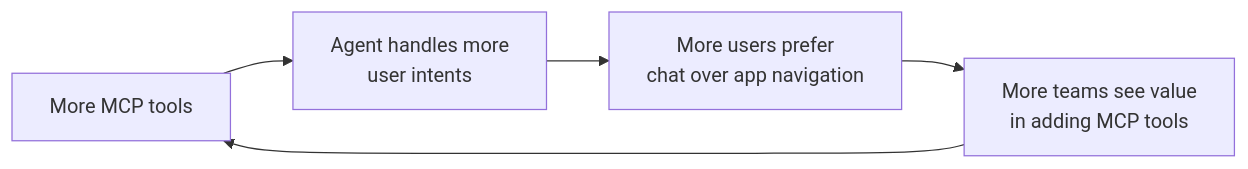
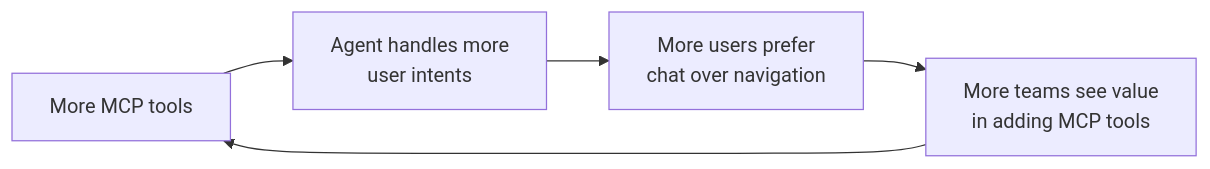
Diagram 16 of 16 in PLAN.md (vinismoraes/hackathon-agent-documents), drawn with Mermaid before and after one commit. The commit also changed other lines of this file, not shown here.

First line of the commit message:
fix mermaid line breaks: replace \n with <br/>

````diff
--- a/PLAN.md
+++ b/PLAN.md
@@ -976,7 +976,7 @@
 ```mermaid
 flowchart LR
-    A["More MCP tools"] --> B["Agent handles more\nuser intents"]
-    B --> C["More users prefer\nchat over app navigation"]
-    C --> D["More teams see value\nin adding MCP tools"]
+    A["More MCP tools"] --> B["Agent handles more<br/>user intents"]
+    B --> C["More users prefer<br/>chat over navigation"]
+    C --> D["More teams see value<br/>in adding MCP tools"]
     D --> A
 ```
````
